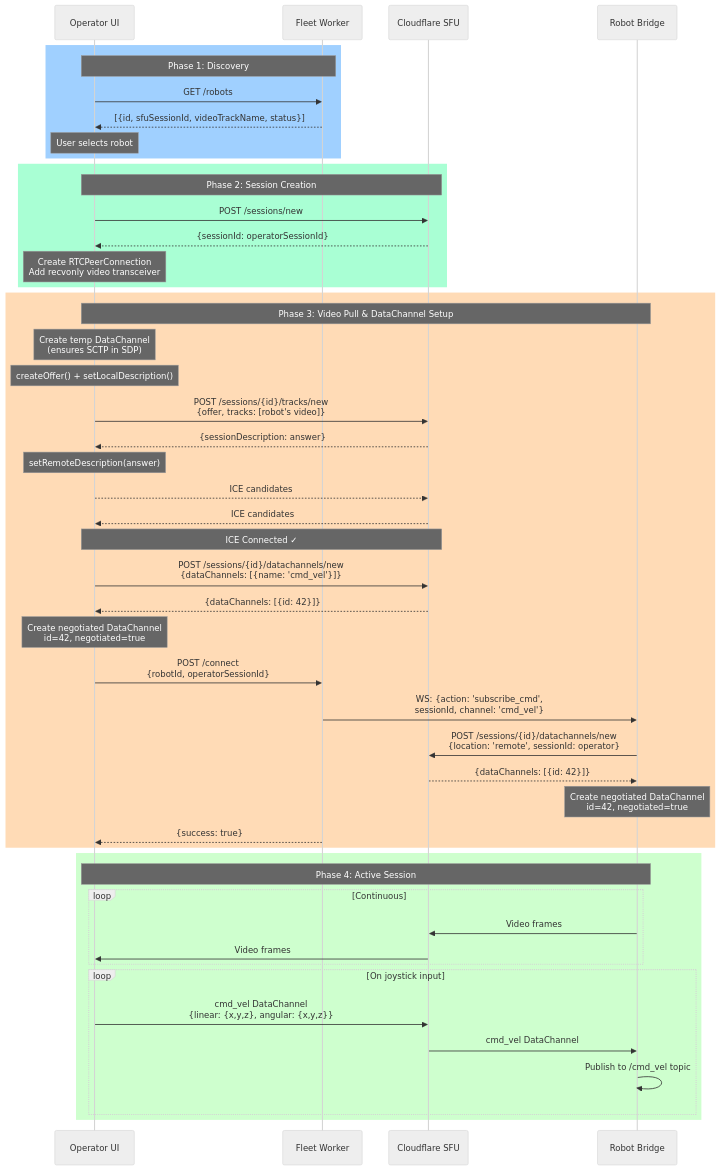
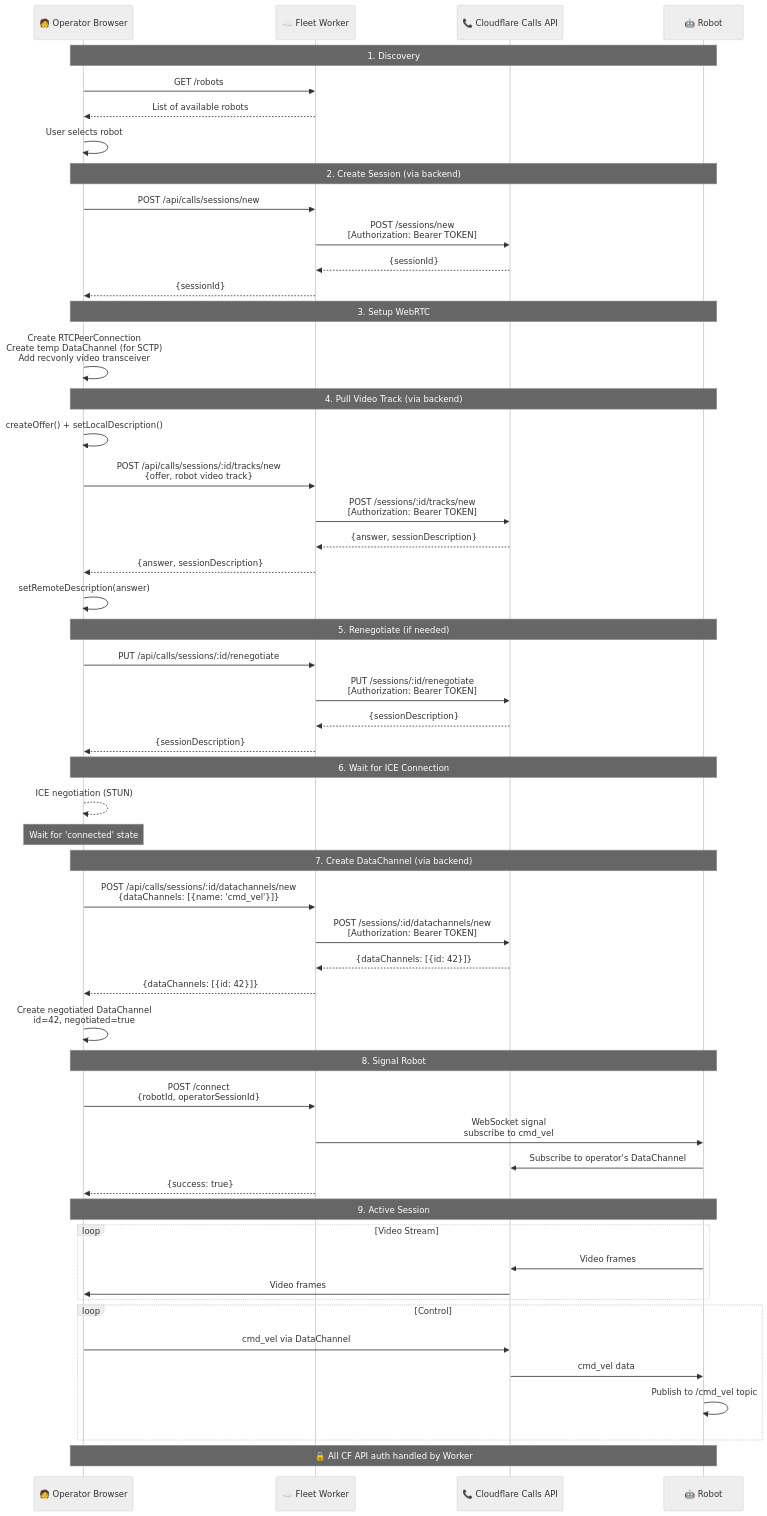
The second of 2 diagrams in cloud/frontend/README.md (BigMuzzy/ugv_ws_pi), drawn with Mermaid (neutral theme) before and after one commit. The commit also changed other lines of this file and 7 other files, not shown here.

First line of the commit message:
Refactor Fleet Operator Frontend and Fleet Worker for Enhanced Security and API Proxy

````diff
--- a/cloud/frontend/README.md
+++ b/cloud/frontend/README.md
@@ -106,63 +76,65 @@
 ```mermaid
 sequenceDiagram
-    participant O as Operator UI
-    participant FW as Fleet Worker
-    participant SFU as Cloudflare SFU
-    participant R as Robot Bridge
+    participant O as 🧑 Operator Browser
+    participant W as ☁️ Fleet Worker
+    participant CF as 📞 Cloudflare Calls API
+    participant R as 🤖 Robot
 
-    rect rgba(160, 208, 255, 1)
-        Note over O,FW: Phase 1: Discovery
-        O->>FW: GET /robots
-        FW-->>O: [{id, sfuSessionId, videoTrackName, status}]
-        Note over O: User selects robot
+    Note over O,R: 1. Discovery
+    O->>W: GET /robots
+    W-->>O: List of available robots
+    O->>O: User selects robot
+
+    Note over O,R: 2. Create Session (via backend)
+    O->>W: POST /api/calls/sessions/new
+    W->>CF: POST /sessions/new<br/>[Authorization: Bearer TOKEN]
+    CF-->>W: {sessionId}
+    W-->>O: {sessionId}
+
+    Note over O,R: 3. Setup WebRTC
+    O->>O: Create RTCPeerConnection<br/>Create temp DataChannel (for SCTP)<br/>Add recvonly video transceiver
+
+    Note over O,R: 4. Pull Video Track (via backend)
+    O->>O: createOffer() + setLocalDescription()
+    O->>W: POST /api/calls/sessions/:id/tracks/new<br/>{offer, robot video track}
+    W->>CF: POST /sessions/:id/tracks/new<br/>[Authorization: Bearer TOKEN]
+    CF-->>W: {answer, sessionDescription}
+    W-->>O: {answer, sessionDescription}
+    O->>O: setRemoteDescription(answer)
+
+    Note over O,R: 5. Renegotiate (if needed)
+    O->>W: PUT /api/calls/sessions/:id/renegotiate
+    W->>CF: PUT /sessions/:id/renegotiate<br/>[Authorization: Bearer TOKEN]
+    CF-->>W: {sessionDescription}
+    W-->>O: {sessionDescription}
+
+    Note over O,R: 6. Wait for ICE Connection
+    O-->>O: ICE negotiation (STUN)
+    Note over O: Wait for 'connected' state
+
+    Note over O,R: 7. Create DataChannel (via backend)
+    O->>W: POST /api/calls/sessions/:id/datachannels/new<br/>{dataChannels: [{name: 'cmd_vel'}]}
+    W->>CF: POST /sessions/:id/datachannels/new<br/>[Authorization: Bearer TOKEN]
+    CF-->>W: {dataChannels: [{id: 42}]}
+    W-->>O: {dataChannels: [{id: 42}]}
+    O->>O: Create negotiated DataChannel<br/>id=42, negotiated=true
+
+    Note over O,R: 8. Signal Robot
+    O->>W: POST /connect<br/>{robotId, operatorSessionId}
+    W->>R: WebSocket signal<br/>subscribe to cmd_vel
+    R->>CF: Subscribe to operator's DataChannel
+    W-->>O: {success: true}
+
+    Note over O,R: 9. Active Session
+    loop Video Stream
+        R->>CF: Video frames
+        CF->>O: Video frames
+    end
+    loop Control
+        O->>CF: cmd_vel via DataChannel
+        CF->>R: cmd_vel data
+        R->>R: Publish to /cmd_vel topic
     end
 
-    rect rgba(169, 255, 212, 1)
-        Note over O,SFU: Phase 2: Session Creation
-        O->>SFU: POST /sessions/new
-        SFU-->>O: {sessionId: operatorSessionId}
-        Note over O: Create RTCPeerConnection<br/>Add recvonly video transceiver
-    end
-
-    rect rgba(255, 219, 182, 1)
-        Note over O,R: Phase 3: Video Pull & DataChannel Setup
-        Note over O: Create temp DataChannel<br/>(ensures SCTP in SDP)
-        Note over O: createOffer() + setLocalDescription()
-        
-        O->>SFU: POST /sessions/{id}/tracks/new<br/>{offer, tracks: [robot's video]}
-        SFU-->>O: {sessionDescription: answer}
-        Note over O: setRemoteDescription(answer)
-        
-        O-->>SFU: ICE candidates
-        SFU-->>O: ICE candidates
-        Note over O,SFU: ICE Connected ✓
-        
-        O->>SFU: POST /sessions/{id}/datachannels/new<br/>{dataChannels: [{name: 'cmd_vel'}]}
-        SFU-->>O: {dataChannels: [{id: 42}]}
-        Note over O: Create negotiated DataChannel<br/>id=42, negotiated=true
-        
-        O->>FW: POST /connect<br/>{robotId, operatorSessionId}
-        FW->>R: WS: {action: 'subscribe_cmd',<br/>sessionId, channel: 'cmd_vel'}
-        
-        R->>SFU: POST /sessions/{id}/datachannels/new<br/>{location: 'remote', sessionId: operator}
-        SFU-->>R: {dataChannels: [{id: 42}]}
-        Note over R: Create negotiated DataChannel<br/>id=42, negotiated=true
-        
-        FW-->>O: {success: true}
-    end
-
-    rect rgba(206, 255, 206, 1)
-        Note over O,R: Phase 4: Active Session
-        
-        loop Continuous
-            R->>SFU: Video frames
-            SFU->>O: Video frames
-        end
-        
-        loop On joystick input
-            O->>SFU: cmd_vel DataChannel<br/>{linear: {x,y,z}, angular: {x,y,z}}
-            SFU->>R: cmd_vel DataChannel
-            R->>R: Publish to /cmd_vel topic
-        end
-    end
+    Note over O,R: 🔒 All CF API auth handled by Worker
 ```
````
